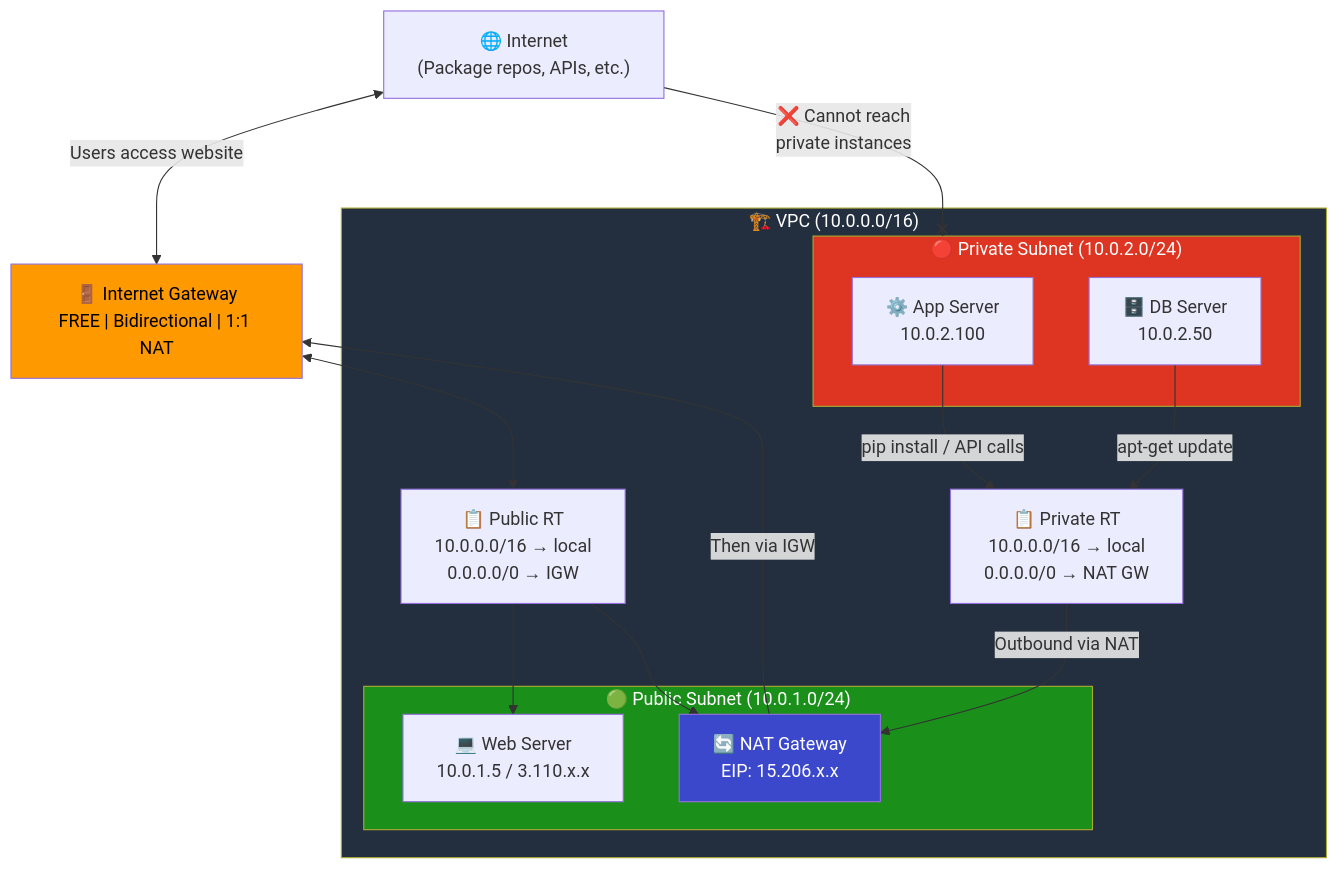
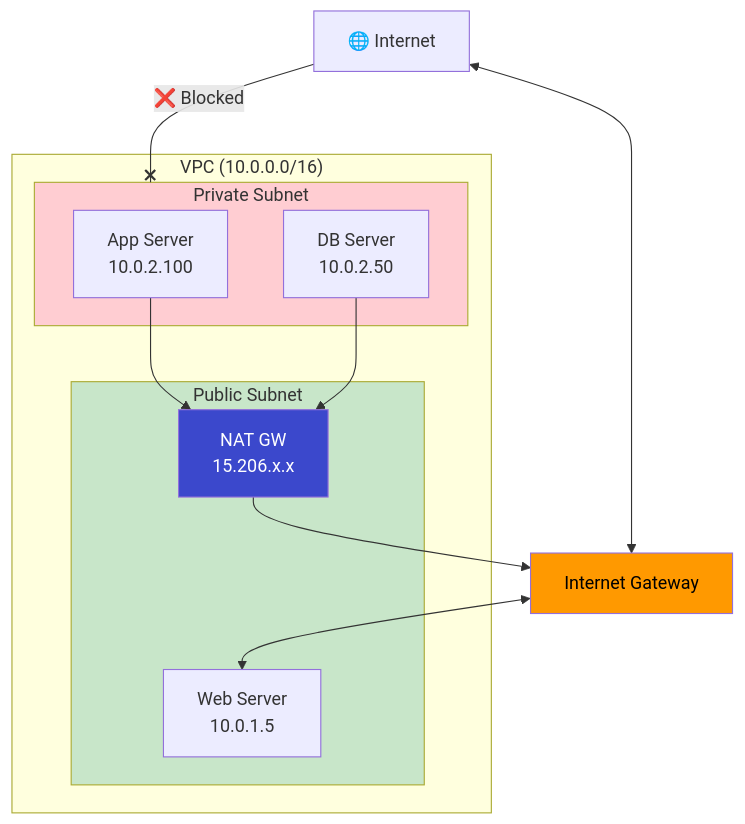
One commit to selvakumarperumal/AWS_Provisioning_with_Terraform changed diagram 12 of 17 in 05-nat-gateway/README.md. Above: the diagram before and after it, drawn with Mermaid. The commit also changed other lines of this file, not shown here.

Commit message:
docs: nat updated again

````diff
--- a/05-nat-gateway/README.md
+++ b/05-nat-gateway/README.md
@@ -463,38 +432,28 @@
 ```mermaid
 graph TB
-    Internet["🌐 Internet\n(Package repos, APIs, etc.)"]
-    IGW["🚪 Internet Gateway\nFREE | Bidirectional | 1:1 NAT"]
+    Internet["🌐 Internet"]
+    IGW["Internet Gateway"]
 
-    subgraph VPC["🏗️ VPC (10.0.0.0/16)"]
-        subgraph Public["🟢 Public Subnet (10.0.1.0/24)"]
-            WebServer["💻 Web Server\n10.0.1.5 / 3.110.x.x"]
-            NAT["🔄 NAT Gateway\nEIP: 15.206.x.x"]
+    subgraph VPC["VPC (10.0.0.0/16)"]
+        subgraph Public["Public Subnet"]
+            Web["Web Server\n10.0.1.5"]
+            NAT["NAT GW\n15.206.x.x"]
         end
 
-        subgraph Private["🔴 Private Subnet (10.0.2.0/24)"]
-            AppServer["⚙️ App Server\n10.0.2.100"]
-            DBServer["🗄️ DB Server\n10.0.2.50"]
+        subgraph Private["Private Subnet"]
+            App["App Server\n10.0.2.100"]
+            DB["DB Server\n10.0.2.50"]
         end
-
-        PubRT["📋 Public RT\n10.0.0.0/16 → local\n0.0.0.0/0 → IGW"]
-        PrivRT["📋 Private RT\n10.0.0.0/16 → local\n0.0.0.0/0 → NAT GW"]
     end
 
-    Internet <-->|"Users access website"| IGW
-    IGW <--> PubRT
-    PubRT --> WebServer
-    PubRT --> NAT
-
-    AppServer -->|"pip install / API calls"| PrivRT
-    DBServer -->|"apt-get update"| PrivRT
-    PrivRT -->|"Outbound via NAT"| NAT
-    NAT -->|"Then via IGW"| IGW
-
-    Internet --x|"❌ Cannot reach\nprivate instances"| Private
+    Internet <--> IGW
+    IGW <--> Web
+    App --> NAT --> IGW
+    DB --> NAT
+    Internet --x|"❌ Blocked"| Private
 
     style IGW fill:#ff9900,color:#000
     style NAT fill:#3b48cc,color:#fff
-    style Public fill:#1a8f1a,color:#fff
-    style Private fill:#dd3522,color:#fff
-    style VPC fill:#232f3e,color:#fff
+    style Public fill:#c8e6c9
+    style Private fill:#ffcdd2
 ```
````
